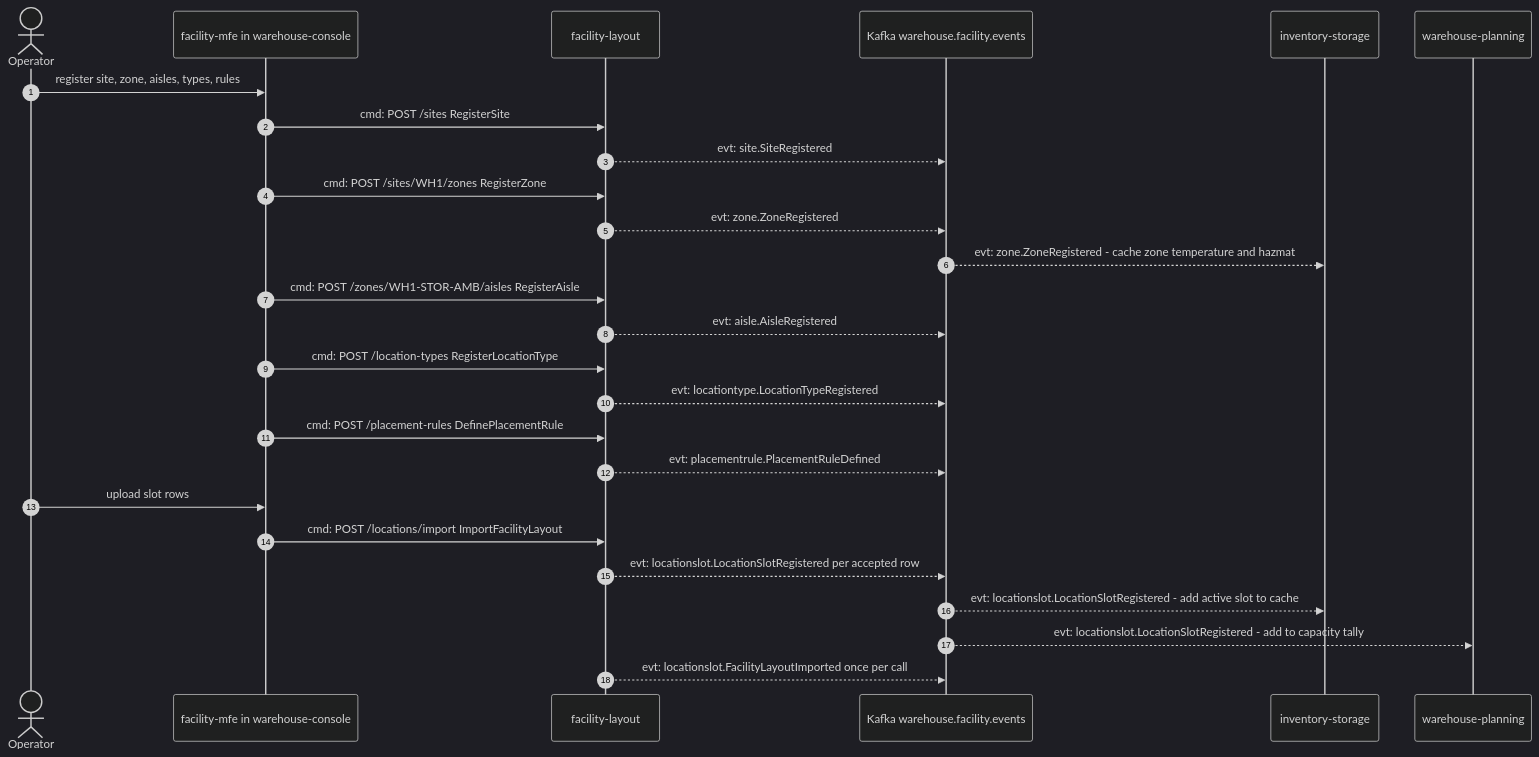
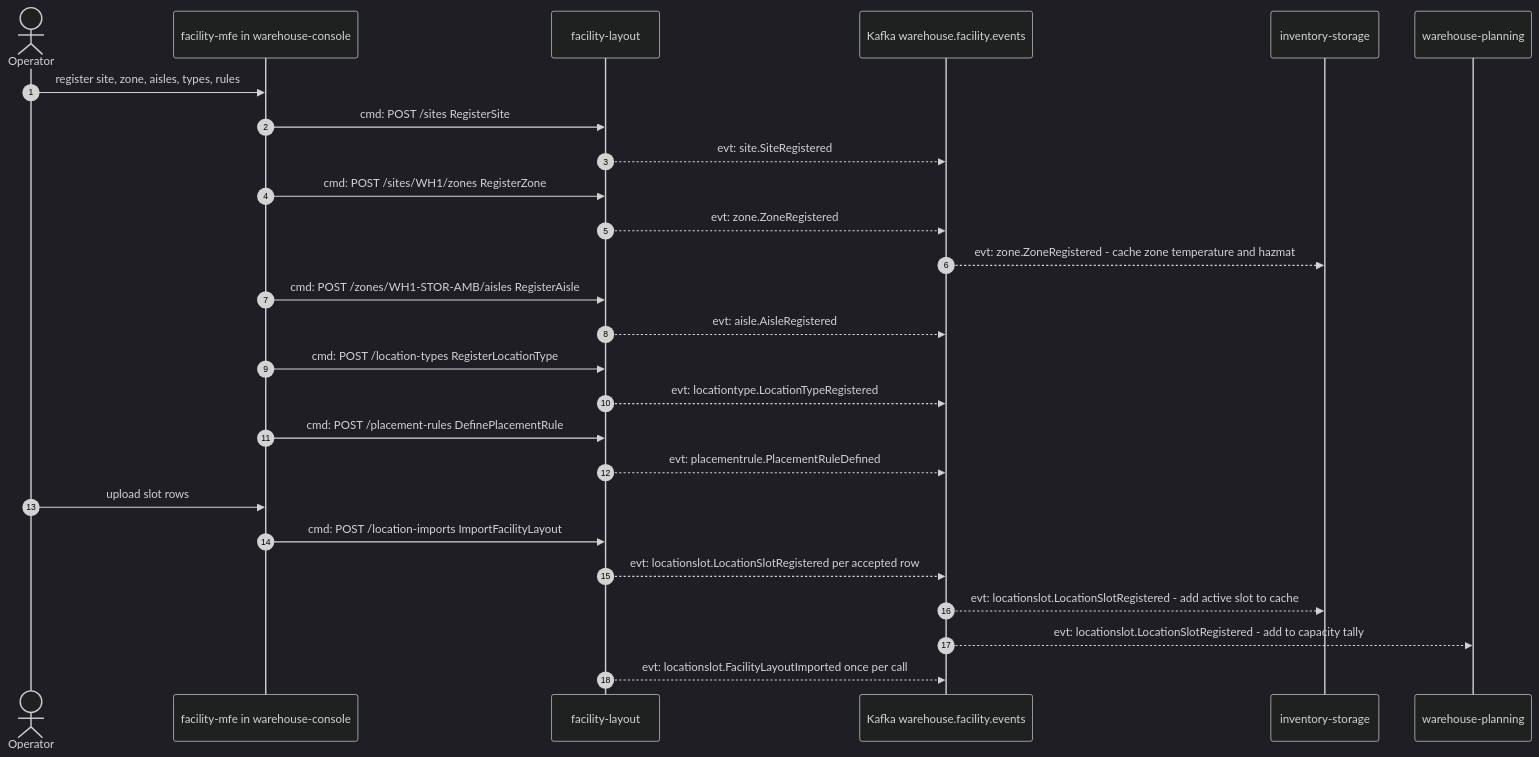
One commit to IQVO/warehouse-docs changed the first of 4 diagrams in docs/contexts/facility-layout/domain-message-flow.md. Above: the diagram before and after it, drawn with Mermaid (dark theme). The commit also changed other lines of this file and 272 other files, not shown here.

````diff
--- a/docs/contexts/facility-layout/domain-message-flow.md
+++ b/docs/contexts/facility-layout/domain-message-flow.md
@@ -33,29 +33,29 @@
 ```mermaid
 sequenceDiagram
     autonumber
     actor Op as Operator
     participant MFE as facility-mfe in warehouse-console
     participant FL as facility-layout
     participant K as Kafka warehouse.facility.events
     participant IS as inventory-storage
     participant WPL as warehouse-planning
 
     Op->>MFE: register site, zone, aisles, types, rules
     MFE->>FL: cmd: POST /sites RegisterSite
     FL-->>K: evt: site.SiteRegistered
     MFE->>FL: cmd: POST /sites/WH1/zones RegisterZone
     FL-->>K: evt: zone.ZoneRegistered
     K-->>IS: evt: zone.ZoneRegistered - cache zone temperature and hazmat
     MFE->>FL: cmd: POST /zones/WH1-STOR-AMB/aisles RegisterAisle
     FL-->>K: evt: aisle.AisleRegistered
     MFE->>FL: cmd: POST /location-types RegisterLocationType
     FL-->>K: evt: locationtype.LocationTypeRegistered
     MFE->>FL: cmd: POST /placement-rules DefinePlacementRule
     FL-->>K: evt: placementrule.PlacementRuleDefined
     Op->>MFE: upload slot rows
-    MFE->>FL: cmd: POST /locations/import ImportFacilityLayout
+    MFE->>FL: cmd: POST /location-imports ImportFacilityLayout
     FL-->>K: evt: locationslot.LocationSlotRegistered per accepted row
     K-->>IS: evt: locationslot.LocationSlotRegistered - add active slot to cache
     K-->>WPL: evt: locationslot.LocationSlotRegistered - add to capacity tally
     FL-->>K: evt: locationslot.FacilityLayoutImported once per call
 ```
````
